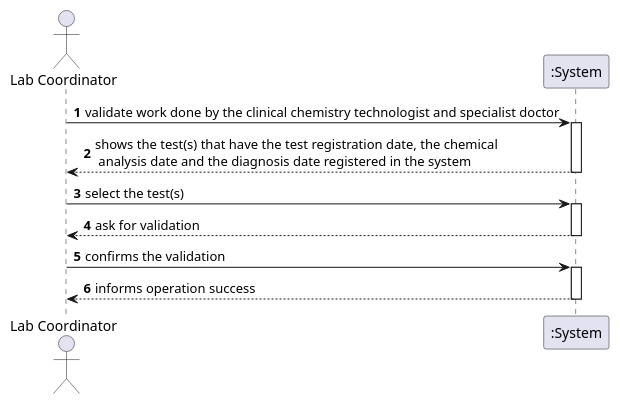
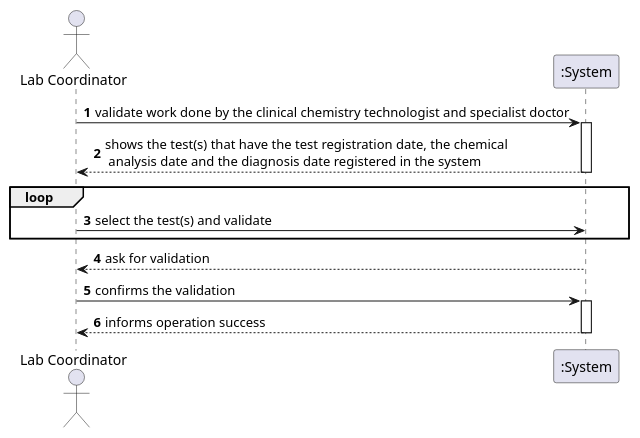
The diagram in docs/SprintC/US15/UC15_SSD.puml (GuilhermeCunha79/lapr2), drawn with PlantUML before and after one commit.

Commit message:
MD Finalization [US-15] [Design]

```diff
--- a/docs/SprintC/US15/UC15_SSD.puml
+++ b/docs/SprintC/US15/UC15_SSD.puml
@@ -1,25 +1,26 @@
 @startuml
 'https://plantuml.com/sequence-diagram
 
 autonumber
 
 actor "Lab Coordinator" as LABC
 
 participant ":System" as SYSTEM
 
 LABC -> SYSTEM : validate work done by the clinical chemistry technologist and specialist doctor
 activate SYSTEM
 SYSTEM --> LABC : shows the test(s) that have the test registration date, the chemical\n analysis date and the diagnosis date registered in the system
 deactivate SYSTEM
-
-LABC -> SYSTEM : select the test(s)
+loop
+LABC -> SYSTEM : select the test(s) and validate
+end
 activate SYSTEM
 SYSTEM --> LABC : ask for validation
 deactivate SYSTEM
 
 LABC -> SYSTEM : confirms the validation
 activate SYSTEM
 SYSTEM --> LABC : informs operation success
 deactivate SYSTEM
 
 @enduml
```
